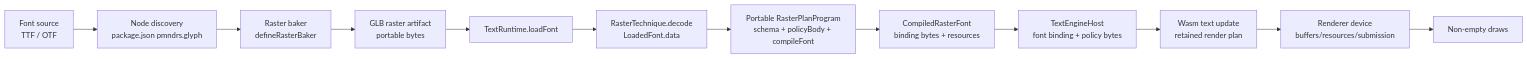
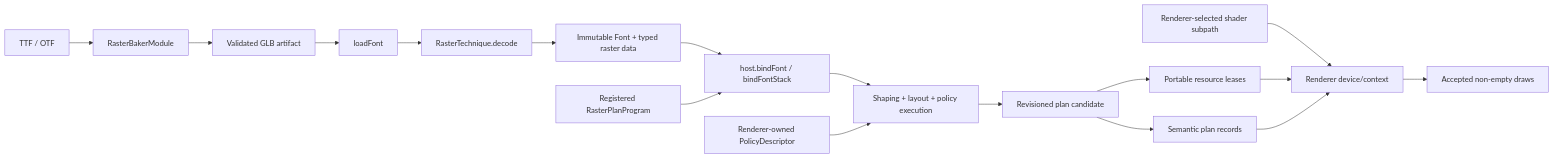
One commit to pmndrs/glyph changed the first of 2 diagrams in docs/guides/technique-implementation-report.md. Above: the diagram before and after it, drawn with Mermaid. The commit also changed other lines of this file and 146 other files, not shown here.

Commit message:
feat(glyph): integrate retained text ownership

````diff
--- a/docs/guides/technique-implementation-report.md
+++ b/docs/guides/technique-implementation-report.md
@@ -46,14 +49,19 @@
 ```mermaid
 flowchart LR
-  Source[Font source\nTTF / OTF] --> Discover[Node discovery\npackage.json pmndrs.glyph]
-  Discover --> Baker[Raster baker\ndefineRasterBaker]
-  Baker --> Artifact[GLB raster artifact\nportable bytes]
-  Artifact --> Load[TextRuntime.loadFont]
-  Load --> Raster[RasterTechnique.decode\nLoadedFont.data]
-  Raster --> Plan[Portable RasterPlanProgram\nschema + policyBody + compileFont]
-  Plan --> Binding[CompiledRasterFont\nbinding bytes + resources]
-  Binding --> Host[TextEngineHost\nfont binding + policy bytes]
-  Host --> Frame[Wasm text update\nretained render plan]
-  Frame --> Device[Renderer device\nbuffers/resources/submission]
-  Device --> Draw[Non-empty draws]
+  Source[TTF / OTF] --> Baker[RasterBakerModule]
+  Baker --> Artifact[Validated GLB artifact]
+  Artifact --> Load[loadFont]
+  Load --> Raster[RasterTechnique.decode]
+  Raster --> Font[Immutable Font + typed raster data]
+  Font --> Bind[host.bindFont / bindFontStack]
+  Plan[Registered RasterPlanProgram] --> Bind
+  Bind --> Wasm[Shaping + layout + policy execution]
+  Policy[Renderer-owned PolicyDescriptor] --> Wasm
+  Wasm --> Candidate[Revisioned plan candidate]
+  Candidate --> Payloads[Portable resource leases]
+  Candidate --> Records[Semantic plan records]
+  Shader[Renderer-selected shader subpath] --> Device[Renderer device/context]
+  Payloads --> Device
+  Records --> Device
+  Device --> Draw[Accepted non-empty draws]
 ```
````
